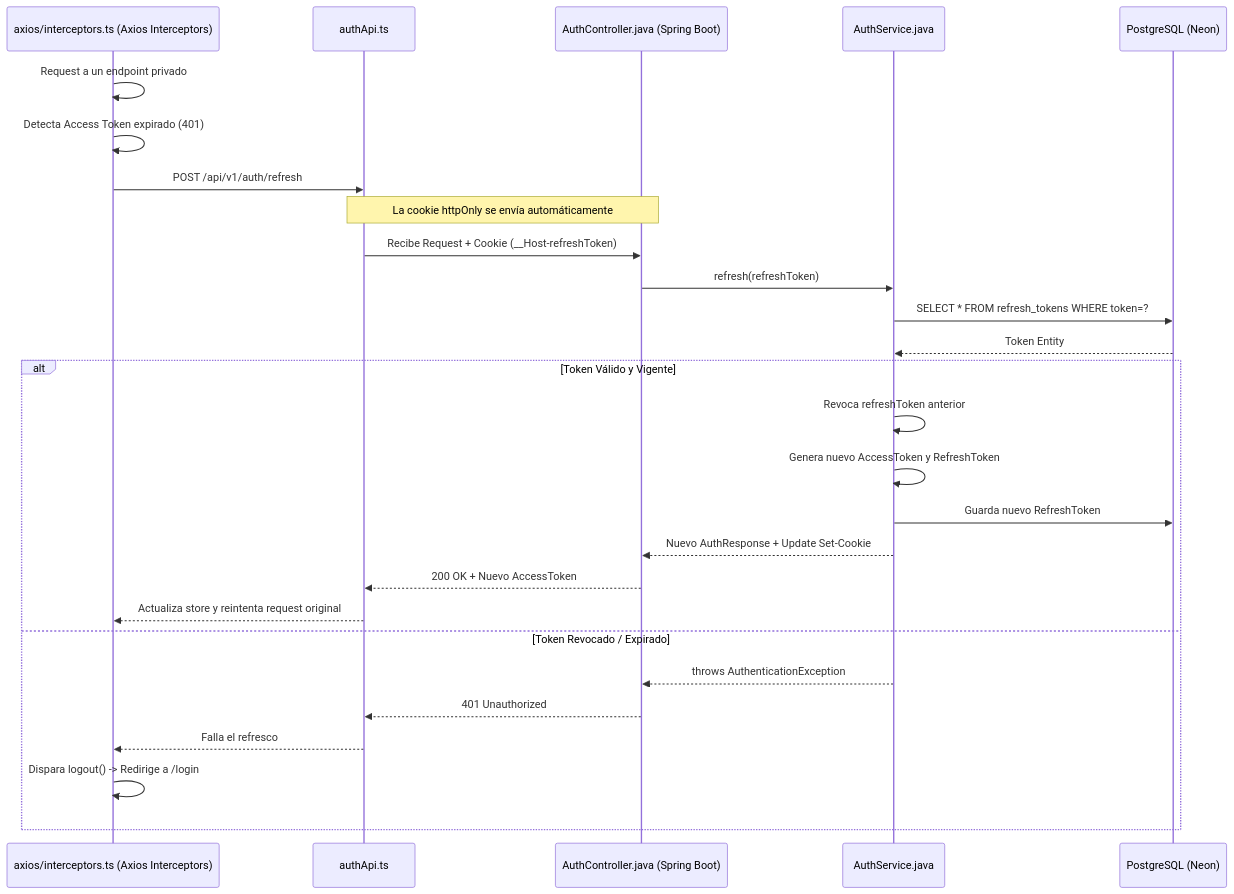
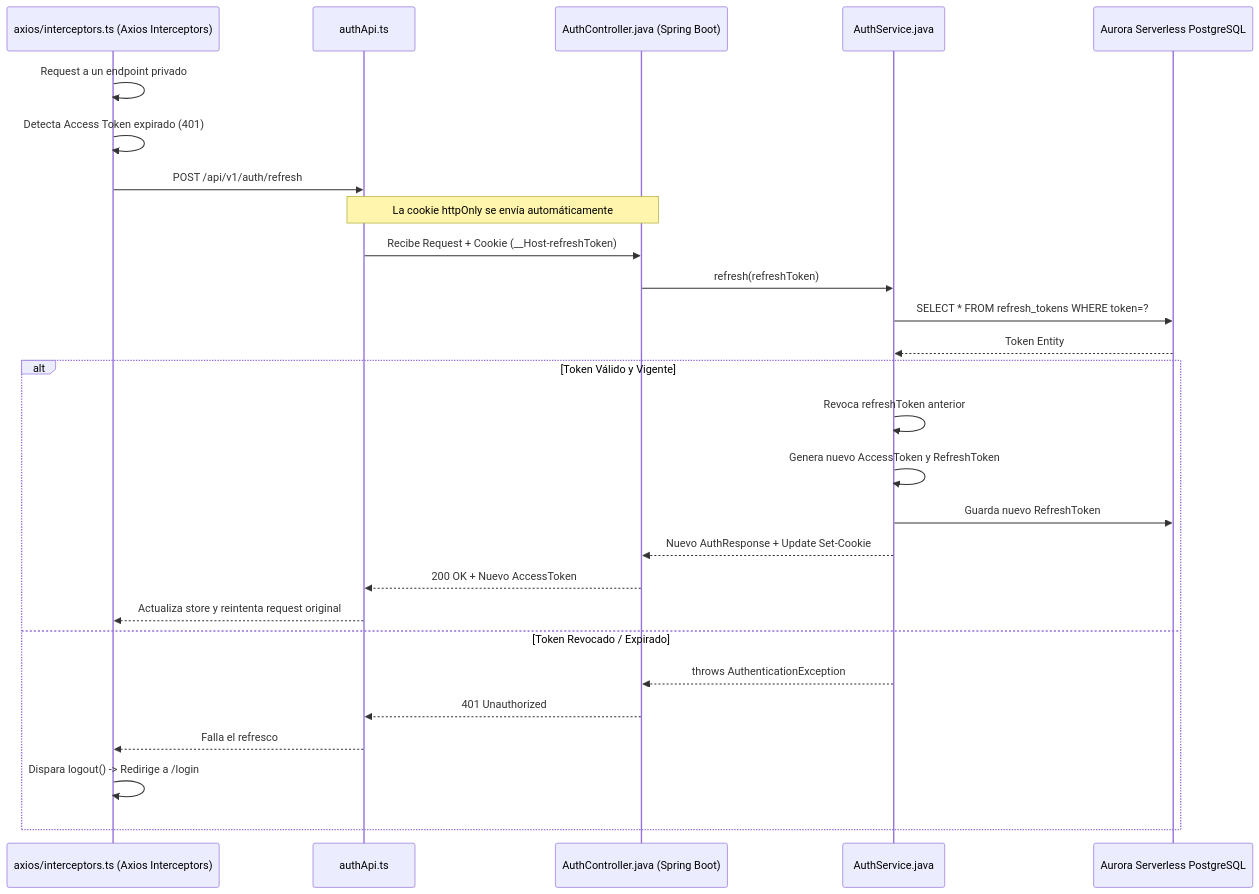
One commit to ArturHL/quickstack changed the second of 3 diagrams in docs/flows/AUTH_FLOWS.md. Above: the diagram before and after it, drawn with Mermaid. The commit also changed other lines of this file and 19 other files, not shown here.

````diff
--- a/docs/flows/AUTH_FLOWS.md
+++ b/docs/flows/AUTH_FLOWS.md
@@ -53,33 +53,33 @@
 ```mermaid
 sequenceDiagram
     participant API as axios/interceptors.ts (Axios Interceptors)
     participant AuthAPI as authApi.ts
     participant Ctrl as AuthController.java (Spring Boot)
     participant Svc as AuthService.java
-    participant DB as PostgreSQL (Neon)
+    participant DB as Aurora Serverless PostgreSQL
 
     API->>API: Request a un endpoint privado
     API->>API: Detecta Access Token expirado (401)
     
     API->>AuthAPI: POST /api/v1/auth/refresh
     Note over AuthAPI,Ctrl: La cookie httpOnly se envía automáticamente
 
     AuthAPI->>Ctrl: Recibe Request + Cookie (__Host-refreshToken)
     Ctrl->>Svc: refresh(refreshToken)
     Svc->>DB: SELECT * FROM refresh_tokens WHERE token=?
     DB-->>Svc: Token Entity
     
     alt Token Válido y Vigente
         Svc->>Svc: Revoca refreshToken anterior
         Svc->>Svc: Genera nuevo AccessToken y RefreshToken
         Svc->>DB: Guarda nuevo RefreshToken
         Svc-->>Ctrl: Nuevo AuthResponse + Update Set-Cookie
         Ctrl-->>AuthAPI: 200 OK + Nuevo AccessToken
         AuthAPI-->>API: Actualiza store y reintenta request original
     else Token Revocado / Expirado
         Svc-->>Ctrl: throws AuthenticationException
         Ctrl-->>AuthAPI: 401 Unauthorized
         AuthAPI-->>API: Falla el refresco
         API->>API: Dispara logout() -> Redirige a /login
     end
 ```
````
